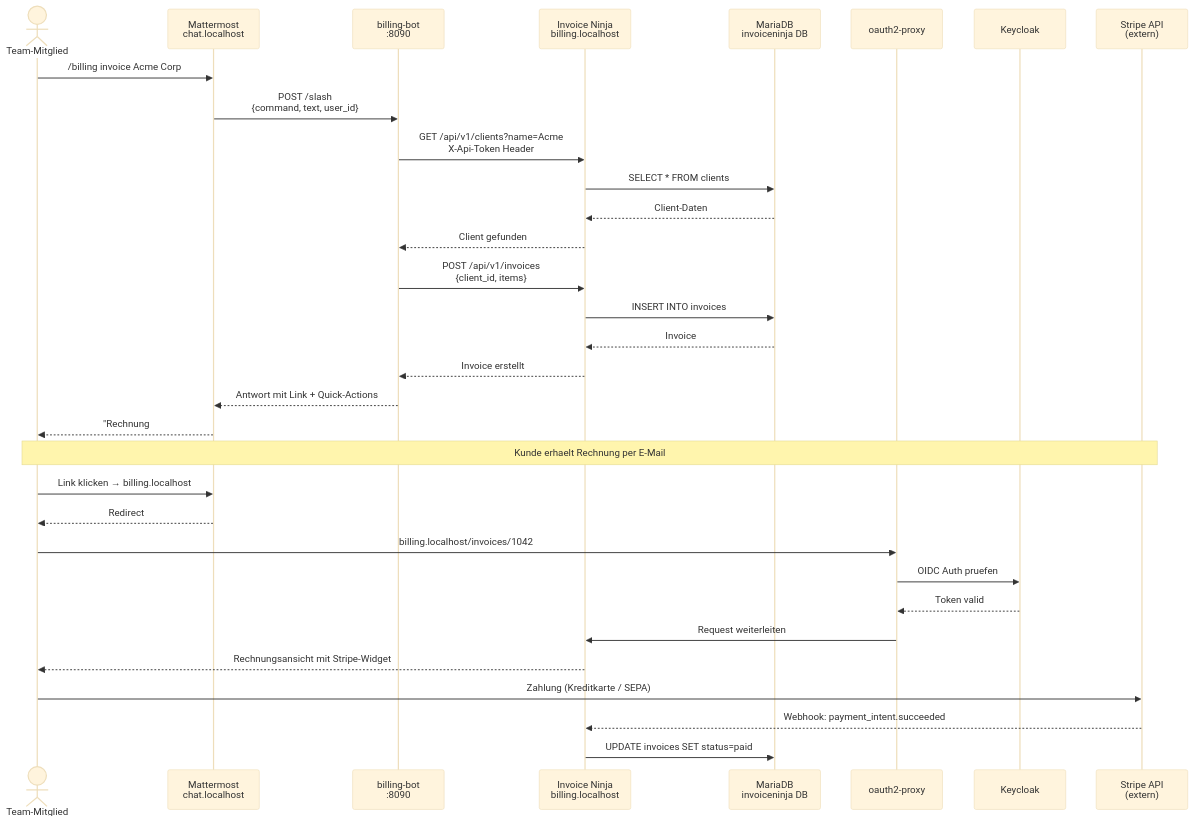
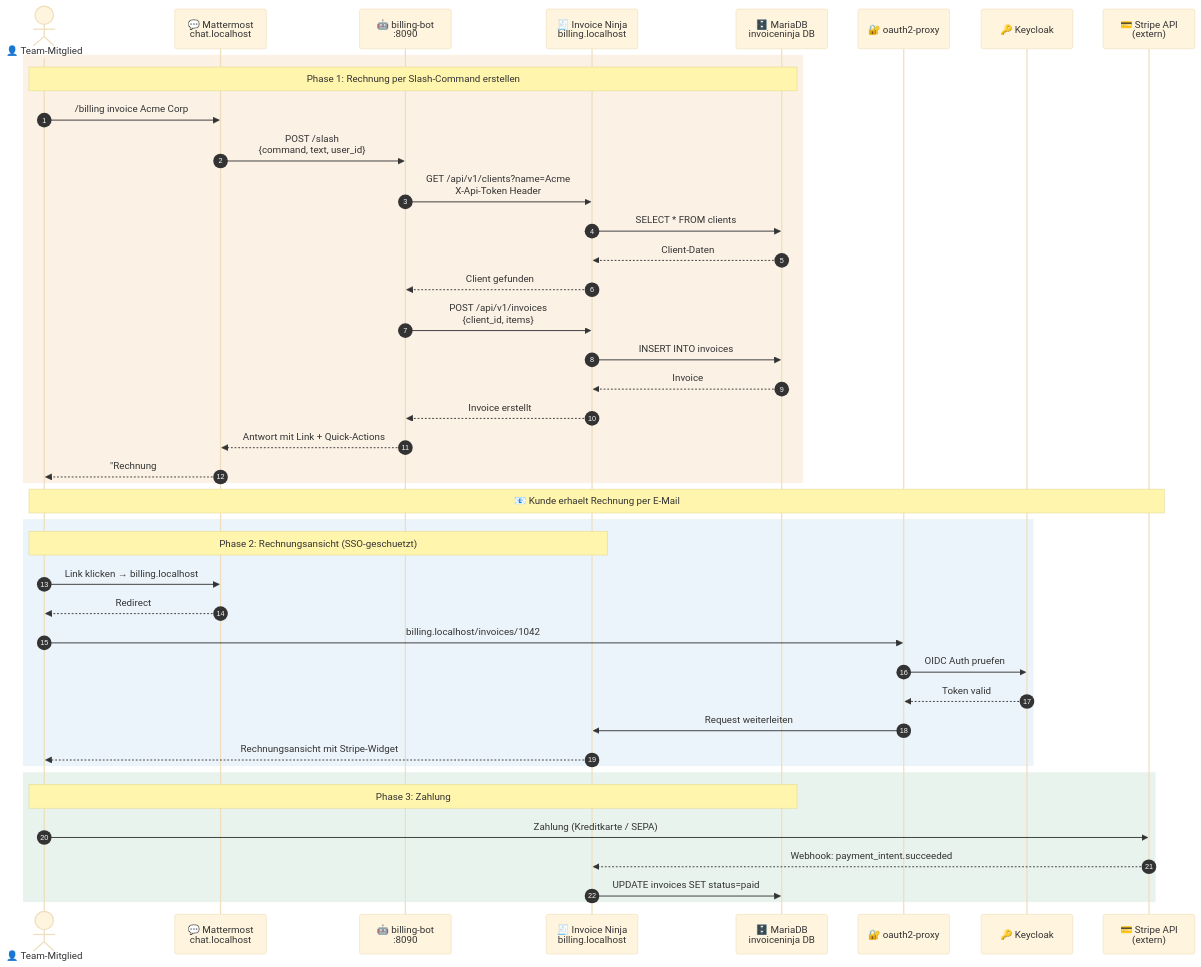
One commit to Paddione/Bachelorprojekt changed the fifth of 9 diagrams in docs/architecture.md. Above: the diagram before and after it, drawn with Mermaid (base theme). The commit also changed other lines of this file and 19 other files, not shown here.

````diff
--- a/docs/architecture.md
+++ b/docs/architecture.md
@@ -336,41 +368,49 @@
 ```mermaid
 sequenceDiagram
-    actor User as Team-Mitglied
-    participant MM as Mattermost<br/>chat.localhost
-    participant BB as billing-bot<br/>:8090
-    participant IN as Invoice Ninja<br/>billing.localhost
-    participant MARIA as MariaDB<br/>invoiceninja DB
-    participant OAUTH as oauth2-proxy
-    participant KC as Keycloak
-    participant Stripe as Stripe API<br/>(extern)
+    autonumber
 
-    User ->> MM: /billing invoice Acme Corp
+    actor User as 👤 Team-Mitglied
+    participant MM as 💬 Mattermost<br/>chat.localhost
+    participant BB as 🤖 billing-bot<br/>:8090
+    participant IN as 🧾 Invoice Ninja<br/>billing.localhost
+    participant MARIA as 🗄️ MariaDB<br/>invoiceninja DB
+    participant OAUTH as 🔐 oauth2-proxy
+    participant KC as 🔑 Keycloak
+    participant Stripe as 💳 Stripe API<br/>(extern)
 
-    MM ->> BB: POST /slash<br/>{command, text, user_id}
-    BB ->> IN: GET /api/v1/clients?name=Acme<br/>X-Api-Token Header
-    IN ->> MARIA: SELECT * FROM clients
-    MARIA -->> IN: Client-Daten
-    IN -->> BB: Client gefunden
+    rect rgba(217, 119, 6, 0.1)
+        Note over User,MARIA: Phase 1: Rechnung per Slash-Command erstellen
+        User ->> MM: /billing invoice Acme Corp
+        MM ->> BB: POST /slash<br/>{command, text, user_id}
+        BB ->> IN: GET /api/v1/clients?name=Acme<br/>X-Api-Token Header
+        IN ->> MARIA: SELECT * FROM clients
+        MARIA -->> IN: Client-Daten
+        IN -->> BB: Client gefunden
+        BB ->> IN: POST /api/v1/invoices<br/>{client_id, items}
+        IN ->> MARIA: INSERT INTO invoices
+        MARIA -->> IN: Invoice #1042
+        IN -->> BB: Invoice erstellt
+        BB -->> MM: Antwort mit Link + Quick-Actions
+        MM -->> User: "Rechnung #1042 erstellt fuer Acme Corp"
+    end
 
-    BB ->> IN: POST /api/v1/invoices<br/>{client_id, items}
-    IN ->> MARIA: INSERT INTO invoices
-    MARIA -->> IN: Invoice #1042
-    IN -->> BB: Invoice erstellt
+    Note over User,Stripe: 📧 Kunde erhaelt Rechnung per E-Mail
 
-    BB -->> MM: Antwort mit Link + Quick-Actions
-    MM -->> User: "Rechnung #1042 erstellt fuer Acme Corp"
+    rect rgba(74, 144, 217, 0.1)
+        Note over User,IN: Phase 2: Rechnungsansicht (SSO-geschuetzt)
+        User ->> MM: Link klicken → billing.localhost
+        MM -->> User: Redirect
+        User ->> OAUTH: billing.localhost/invoices/1042
+        OAUTH ->> KC: OIDC Auth pruefen
+        KC -->> OAUTH: Token valid
+        OAUTH ->> IN: Request weiterleiten
+        IN -->> User: Rechnungsansicht mit Stripe-Widget
+    end
 
-    Note over User,Stripe: Kunde erhaelt Rechnung per E-Mail
-
-    User ->> MM: Link klicken → billing.localhost
-    MM -->> User: Redirect
-    User ->> OAUTH: billing.localhost/invoices/1042
-    OAUTH ->> KC: OIDC Auth pruefen
-    KC -->> OAUTH: Token valid
-    OAUTH ->> IN: Request weiterleiten
-    IN -->> User: Rechnungsansicht mit Stripe-Widget
-
-    User ->> Stripe: Zahlung (Kreditkarte / SEPA)
-    Stripe -->> IN: Webhook: payment_intent.succeeded
-    IN ->> MARIA: UPDATE invoices SET status=paid
+    rect rgba(45, 134, 89, 0.1)
+        Note over User,MARIA: Phase 3: Zahlung
+        User ->> Stripe: Zahlung (Kreditkarte / SEPA)
+        Stripe -->> IN: Webhook: payment_intent.succeeded
+        IN ->> MARIA: UPDATE invoices SET status=paid
+    end
 ```
````
